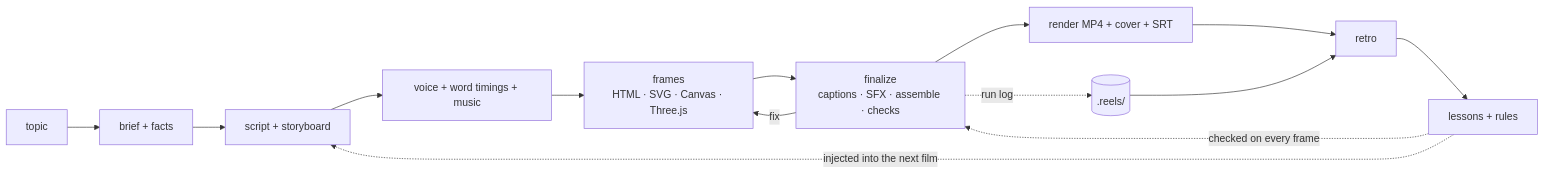
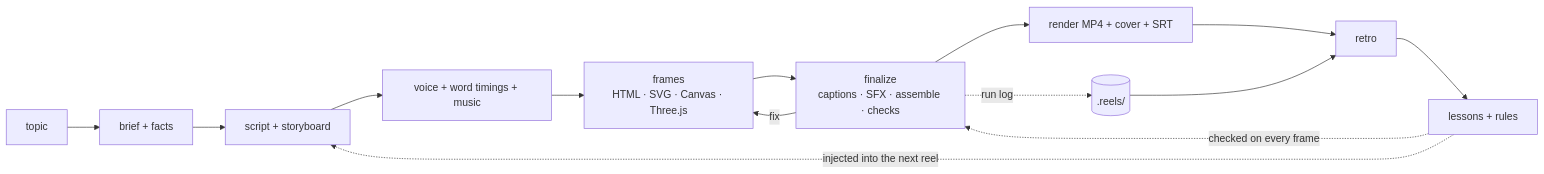
Before and after one commit to agentic-loops-x/Reels-RSI: the diagram in README.md, drawn with Mermaid. The commit also changed other lines of this file and 47 other files, not shown here.

````diff
--- a/README.md
+++ b/README.md
@@ -68,16 +68,16 @@
 ```mermaid
 flowchart LR
   A[topic] --> B[brief + facts]
   B --> C[script + storyboard]
   C --> D[voice + word timings + music]
   D --> E[frames<br/>HTML · SVG · Canvas · Three.js]
   E --> F[finalize<br/>captions · SFX · assemble · checks]
   F -->|fix| E
   F --> G[render MP4 + cover + SRT]
   F -. run log .-> H[(.reels/)]
   G --> I[retro]
   H --> I
   I --> J[lessons + rules]
-  J -. injected into the next film .-> C
+  J -. injected into the next reel .-> C
   J -. checked on every frame .-> F
 ```
````
